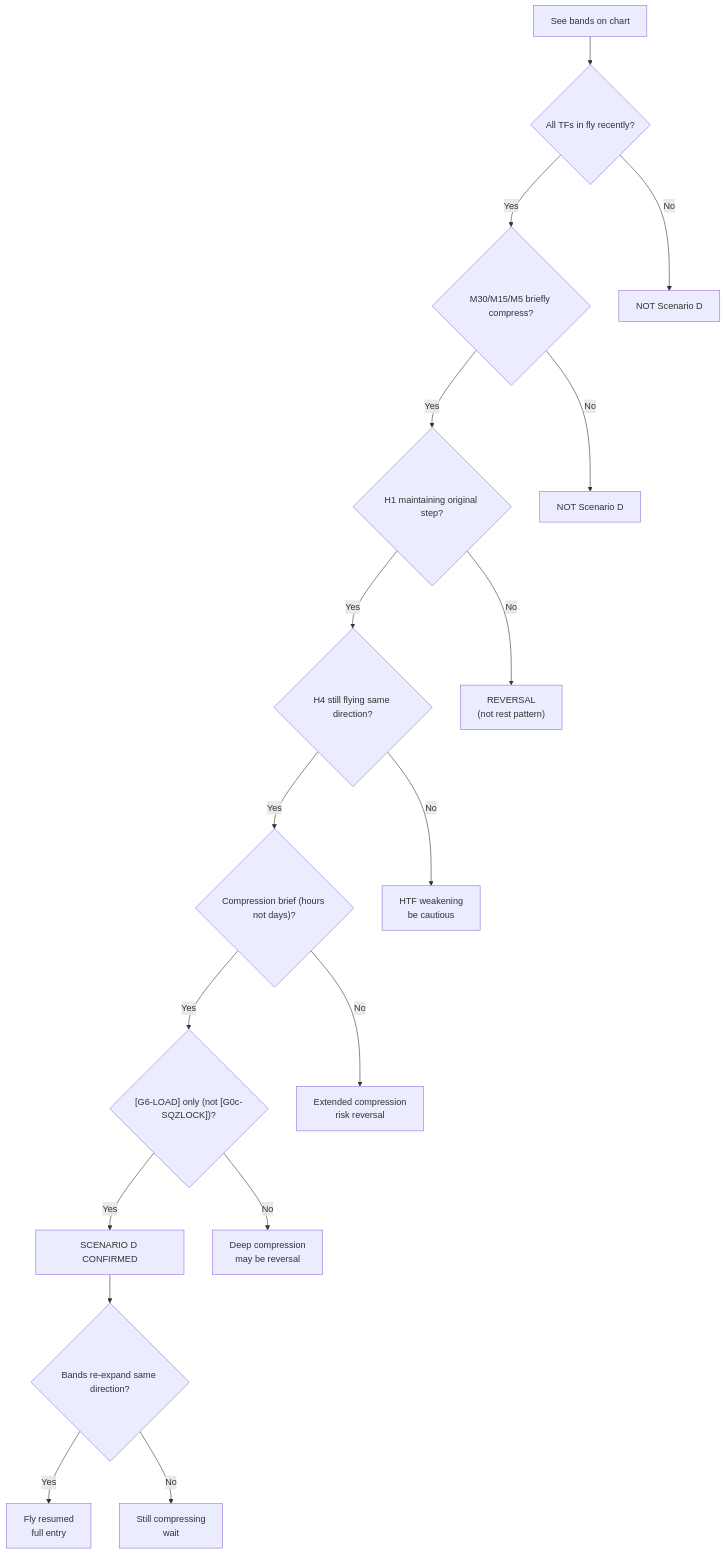
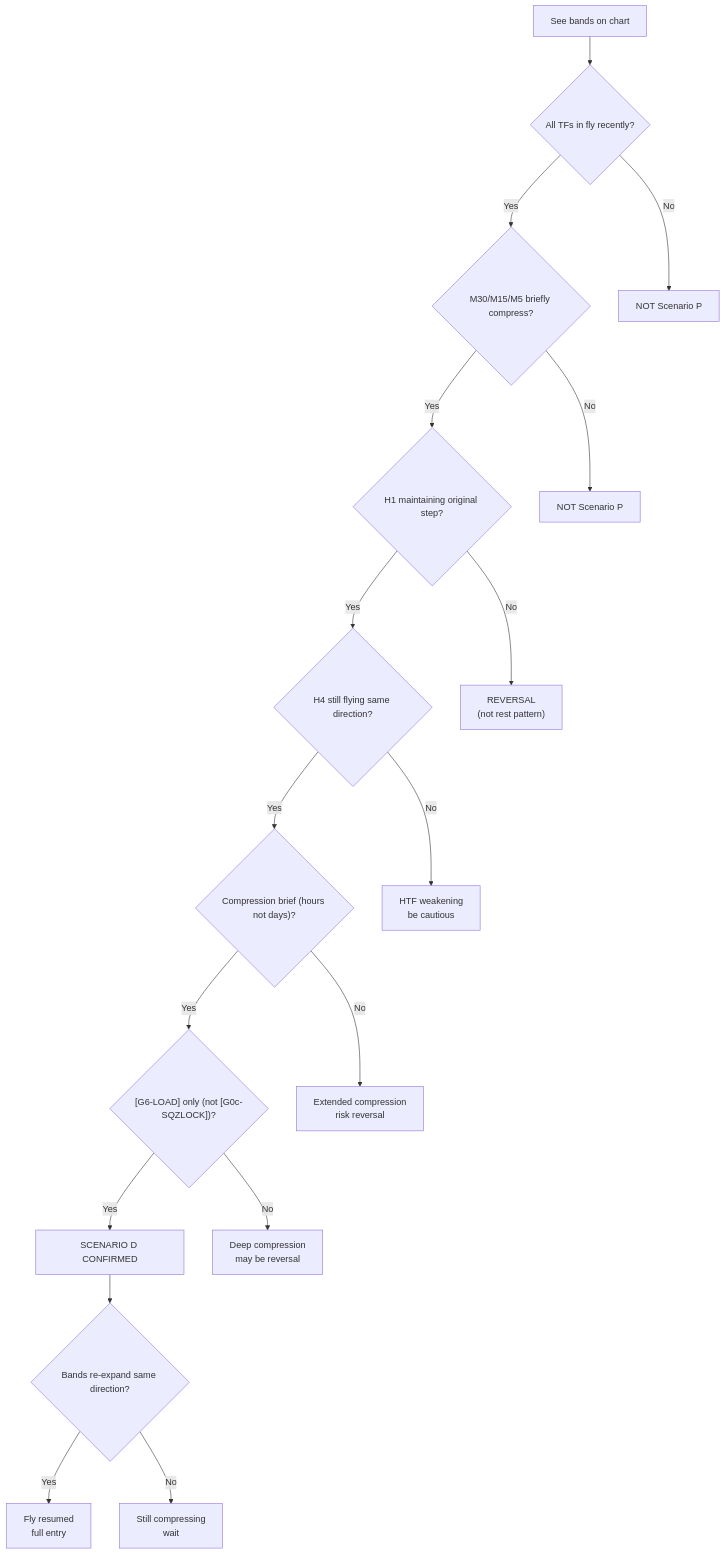
The eighth of 17 diagrams in references/backtest_chart_analysis.md (Terrypang89/BB_MTF_M15_STRATEGY), drawn with Mermaid before and after one commit. The commit also changed other lines of this file and 12 other files, not shown here.

````diff
--- a/references/backtest_chart_analysis.md
+++ b/references/backtest_chart_analysis.md
@@ -1915,19 +1915,19 @@
 ```mermaid
 flowchart TD
     A["See bands on chart"] --> B{"All TFs in fly recently?"}
     B -->|Yes| C{"M30/M15/M5 briefly compress?"}
     C -->|Yes| D{"H1 maintaining original step?"}
     D -->|Yes| E{"H4 still flying same direction?"}
     E -->|Yes| F{"Compression brief (hours not days)?"}
     F -->|Yes| G{"[G6-LOAD] only (not [G0c-SQZLOCK])?"}
     G -->|Yes| H["SCENARIO D CONFIRMED"]
     H --> I{"Bands re-expand same direction?"}
     I -->|Yes| J["Fly resumed\nfull entry"]
     I -->|No| K["Still compressing\nwait"]
     G -->|No| L["Deep compression\nmay be reversal"]
     F -->|No| M["Extended compression\nrisk reversal"]
     E -->|No| N["HTF weakening\nbe cautious"]
     D -->|No| O["REVERSAL\n(not rest pattern)"]
-    C -->|No| P["NOT Scenario D"]
-    B -->|No| Q["NOT Scenario D"]
+    C -->|No| P["NOT Scenario P"]
+    B -->|No| Q["NOT Scenario P"]
 ```
````
